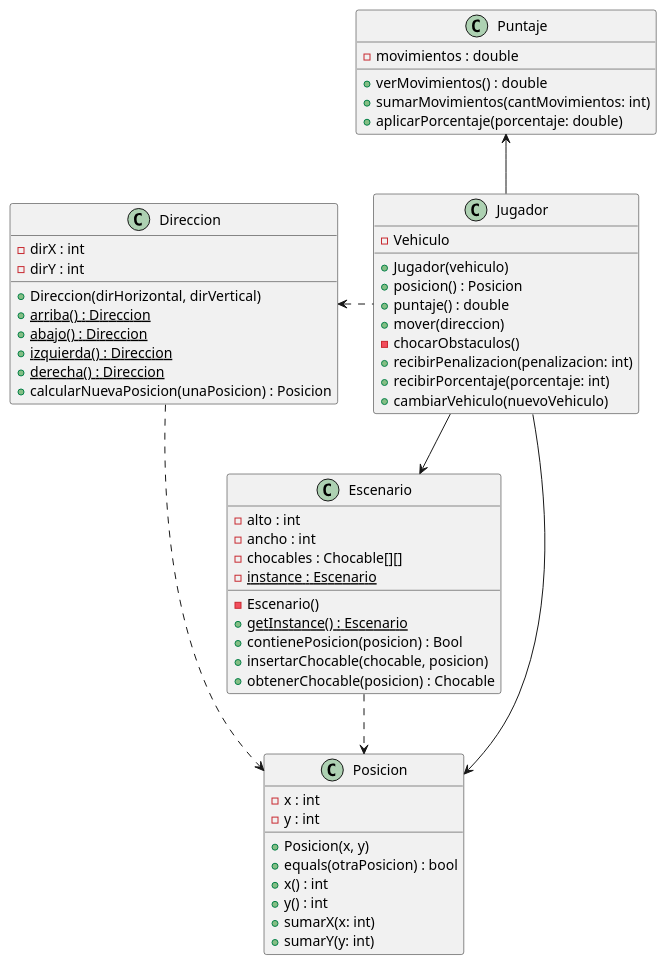
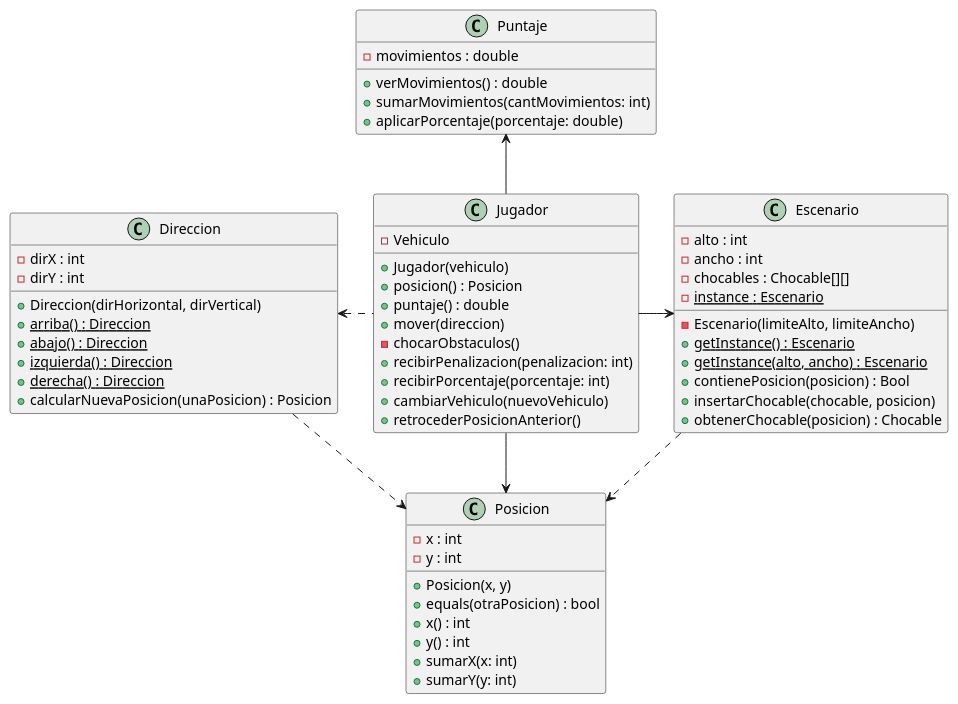
Before and after one commit to NestorPala/T17-GPSChallenge: the diagram in diagrams/classes/diagrama_general.puml, drawn with PlantUML. The commit also changed 2 other files, not shown here.

Commit message:
Actualizo diagramas de clase

```diff
--- a/diagrams/classes/diagrama_general.puml
+++ b/diagrams/classes/diagrama_general.puml
@@ -1,68 +1,70 @@
 @startuml
 
 class Jugador {
     - Vehiculo
     + Jugador(vehiculo)
     + posicion() : Posicion
     + puntaje() : double
     + mover(direccion)
     - chocarObstaculos()
     + recibirPenalizacion(penalizacion: int)
     + recibirPorcentaje(porcentaje: int)
     + cambiarVehiculo(nuevoVehiculo)
+    + retrocederPosicionAnterior()
 }
 
 class Puntaje {
     - movimientos : double
     + verMovimientos() : double
     + sumarMovimientos(cantMovimientos: int)
     + aplicarPorcentaje(porcentaje: double)
 
 }
 
 class Direccion {
     - dirX : int
     - dirY : int
     + Direccion(dirHorizontal, dirVertical)
     + arriba() : Direccion {static}
     + abajo() : Direccion {static}
     + izquierda() : Direccion {static}
     + derecha() : Direccion {static}
     + calcularNuevaPosicion(unaPosicion) : Posicion
 }
 
 class Escenario {
     - alto : int
     - ancho : int
     - chocables : Chocable[][]
     - {static} instance : Escenario
-    - Escenario()
+    - Escenario(limiteAlto, limiteAncho)
     + {static} getInstance() : Escenario
+    + {static} getInstance(alto, ancho) : Escenario
     + contienePosicion(posicion) : Bool
     + insertarChocable(chocable, posicion)
     + obtenerChocable(posicion) : Chocable
 
 }
 
 class Posicion {
     - x : int
     - y : int
     + Posicion(x, y)
     + equals(otraPosicion) : bool
     + x() : int
     + y() : int
     + sumarX(x: int)
     + sumarY(y: int)
 }
 
 
-Jugador --> Escenario
+Jugador -> Escenario
 Puntaje <-- Jugador
 Posicion <-- Jugador
 Direccion <. Jugador
 
 Direccion .> Posicion
 Escenario ..> Posicion
 
 
 @enduml
```
